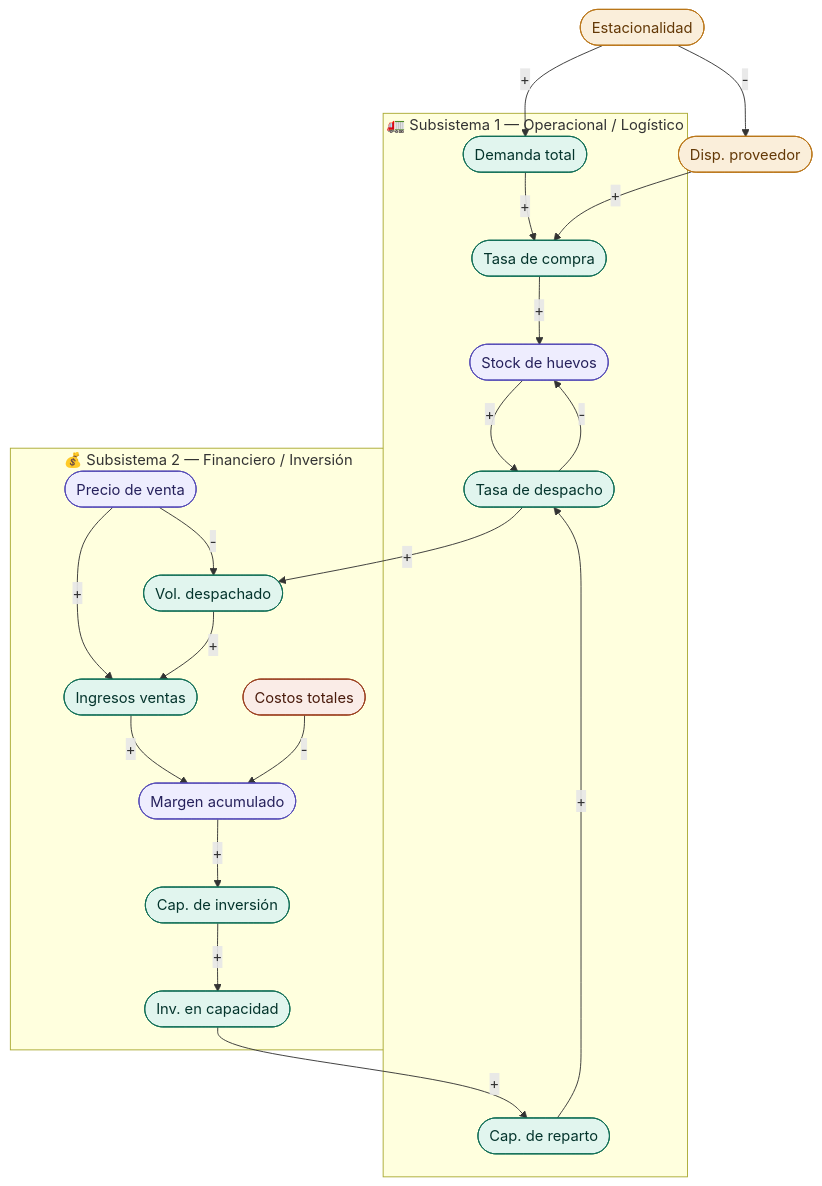
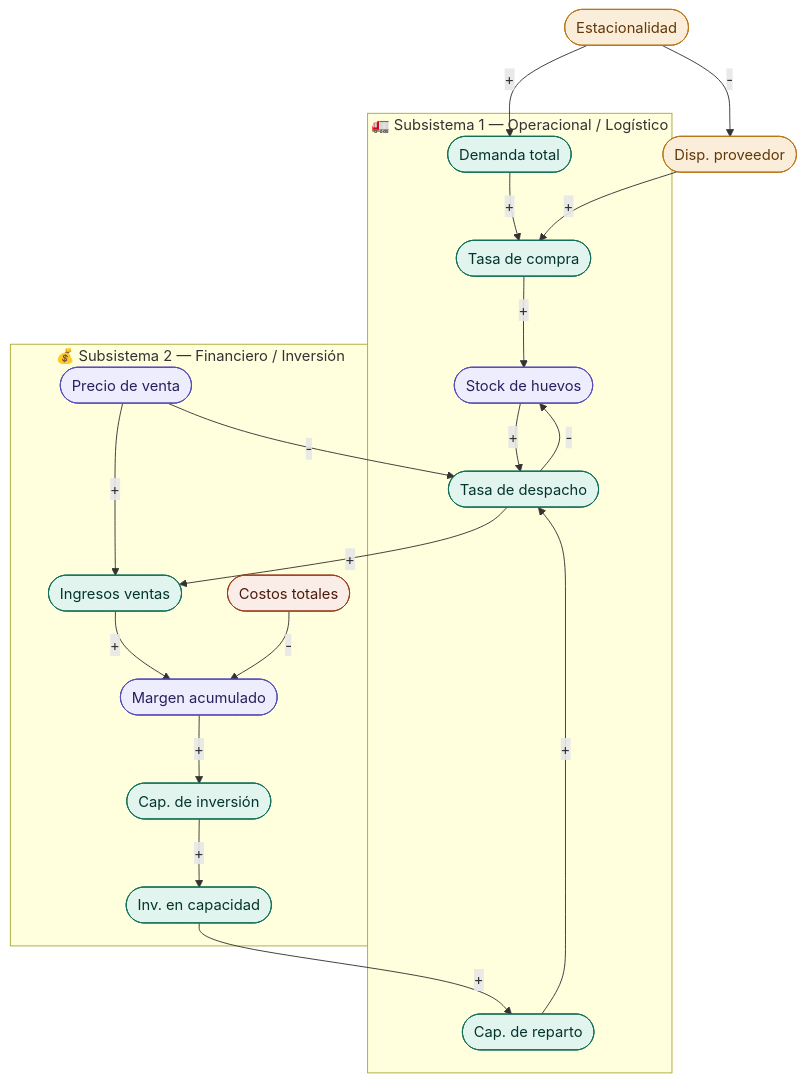
Before and after one commit to perrosxdev/Teoria-de-sistemas: the third of 3 diagrams in docs/propuestas/carlos/readme.md, drawn with Mermaid. The commit also changed other lines of this file, not shown here.

````diff
--- a/docs/propuestas/carlos/readme.md
+++ b/docs/propuestas/carlos/readme.md
@@ -142,58 +143,48 @@
 ```mermaid
 graph TD
- 
-    %% ── Variables exógenas ──────────────────────────────────────────
+
     E([Estacionalidad]):::exo
     DP([Disp. proveedor]):::exo
- 
-    %% ── Subsistema 1: Operacional ───────────────────────────────────
+
     subgraph S1["🚛 Subsistema 1 — Operacional / Logístico"]
         DT([Demanda total]):::aux
         TC([Tasa de compra]):::flu
         SH([Stock de huevos]):::stock
         CR([Cap. de reparto]):::aux
         TD([Tasa de despacho]):::flu
     end
- 
-    %% ── Subsistema 2: Financiero ────────────────────────────────────
+
     subgraph S2["💰 Subsistema 2 — Financiero / Inversión"]
-        VD([Vol. despachado]):::aux
         PV([Precio de venta]):::param
         IV([Ingresos ventas]):::flu
         CT([Costos totales]):::costo
         MA([Margen acumulado]):::stock
         CI([Cap. de inversión]):::aux
         IC([Inv. en capacidad]):::flu
     end
- 
-    %% ── Relaciones Subsistema 1 ─────────────────────────────────────
+
     E  -->|+| DT
     E  -->|-| DP
     DT -->|+| TC
     DP -->|+| TC
     TC -->|+| SH
     SH -->|+| TD
     CR -->|+| TD
     TD -->|-| SH
- 
-    %% ── Relaciones Subsistema 2 ─────────────────────────────────────
-    VD -->|+| IV
+
     PV -->|+| IV
-    PV -->|-| VD
+    TD -->|+| IV
+    PV -->|-| TD
     IV -->|+| MA
     CT -->|-| MA
     MA -->|+| CI
     CI -->|+| IC
- 
-    %% ── Conexiones entre subsistemas ────────────────────────────────
-    TD -->|+| VD
     IC -->|+| CR
- 
-    %% ── Estilos ─────────────────────────────────────────────────────
+
     classDef exo   fill:#FAEEDA,stroke:#BA7517,color:#633806
     classDef stock fill:#EEEDFE,stroke:#534AB7,color:#26215C
     classDef flu   fill:#E1F5EE,stroke:#0F6E56,color:#04342C
     classDef aux   fill:#E1F5EE,stroke:#0F6E56,color:#04342C
     classDef param fill:#EEEDFE,stroke:#534AB7,color:#26215C
     classDef costo fill:#FAECE7,stroke:#993C1D,color:#4A1B0C
 ```
````
